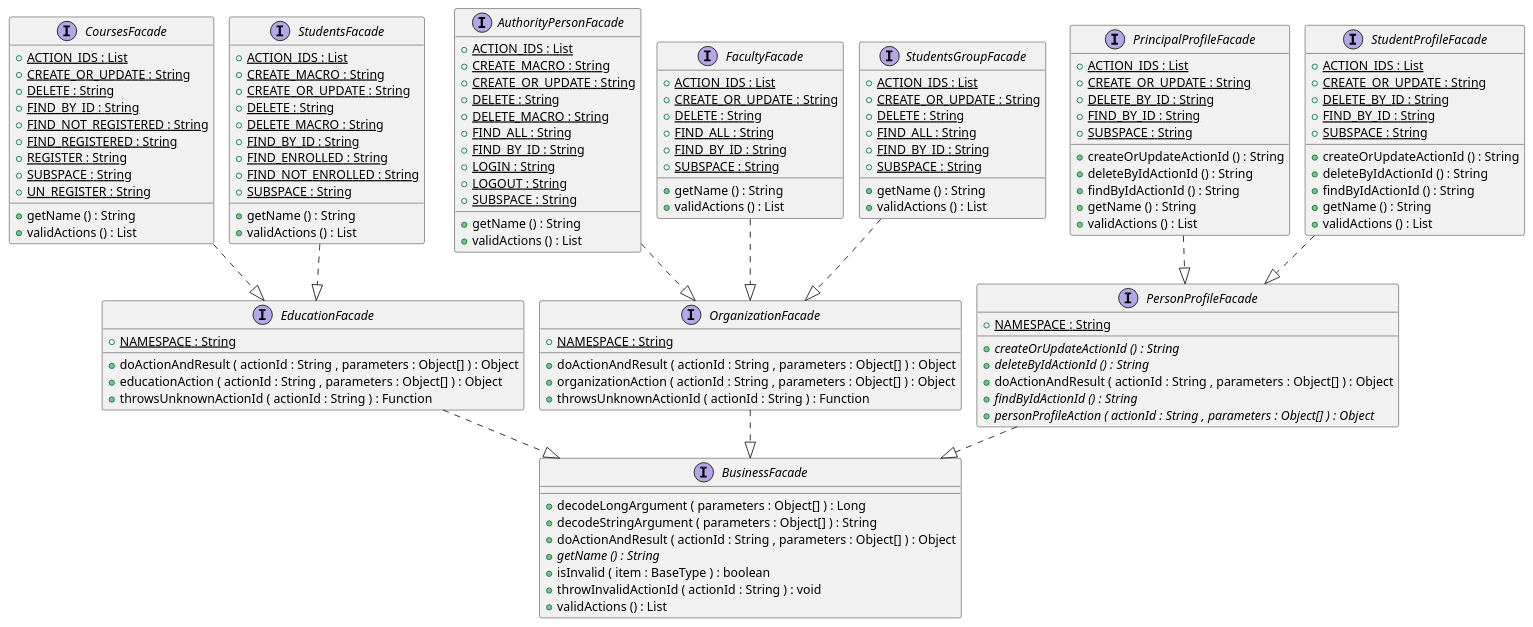
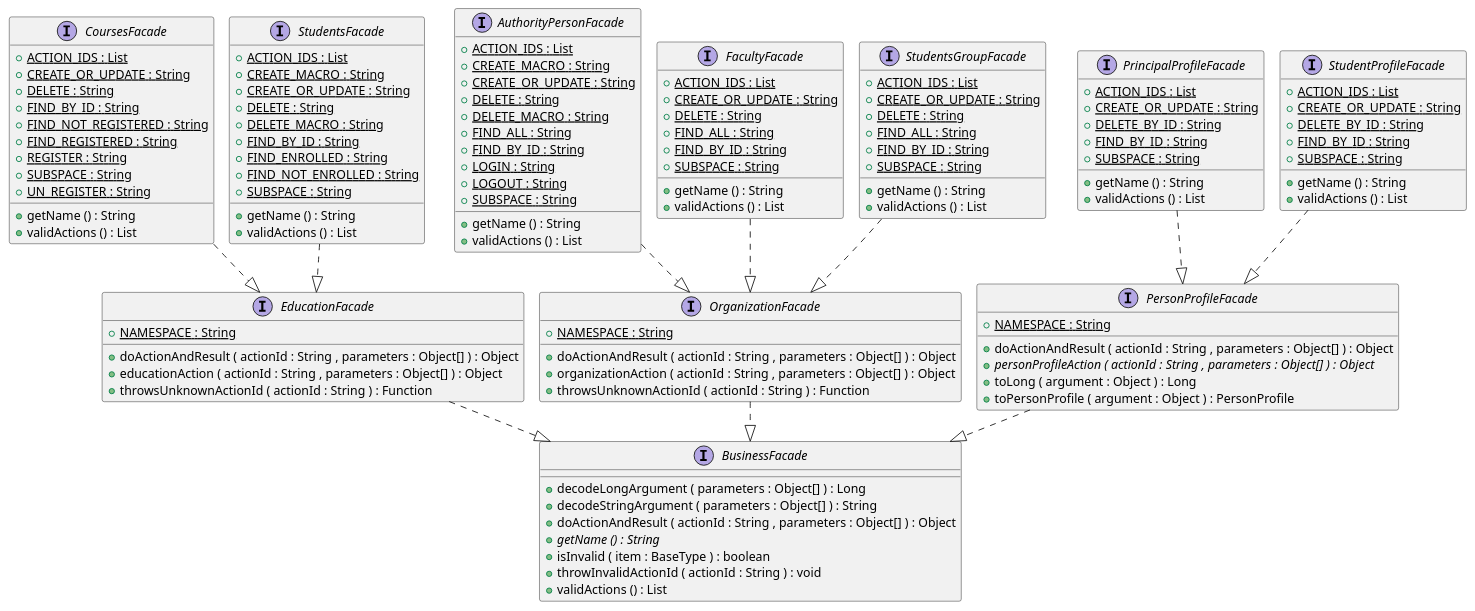
One commit to OlegSopilnyak/school-demo changed the diagram in micro-core/documentation/puml/class-diagrams/BusinessLogicFacades.puml. Above: the diagram before and after it, drawn with PlantUML. The commit also changed 21 other files, not shown here.

```diff
--- a/micro-core/documentation/puml/class-diagrams/BusinessLogicFacades.puml
+++ b/micro-core/documentation/puml/class-diagrams/BusinessLogicFacades.puml
@@ -3,153 +3,146 @@
 @startuml
 !pragma layout smetana
 
 interface AuthorityPersonFacade {
 	{field} {static} +ACTION_IDS : List
 	{field} {static} +CREATE_MACRO : String
 	{field} {static} +CREATE_OR_UPDATE : String
 	{field} {static} +DELETE : String
 	{field} {static} +DELETE_MACRO : String
 	{field} {static} +FIND_ALL : String
 	{field} {static} +FIND_BY_ID : String
 	{field} {static} +LOGIN : String
 	{field} {static} +LOGOUT : String
 	{field} {static} +SUBSPACE : String
 	{method} +getName () : String
 	{method} +validActions () : List
 }
 
 
 interface BusinessFacade {
 	{method} +decodeLongArgument ( parameters : Object[] ) : Long
 	{method} +decodeStringArgument ( parameters : Object[] ) : String
 	{method} +doActionAndResult ( actionId : String , parameters : Object[] ) : Object
 	{method}  {abstract} +getName () : String
 	{method} +isInvalid ( item : BaseType ) : boolean
 	{method} +throwInvalidActionId ( actionId : String ) : void
 	{method} +validActions () : List
 }
 
 
 interface CoursesFacade {
 	{field} {static} +ACTION_IDS : List
 	{field} {static} +CREATE_OR_UPDATE : String
 	{field} {static} +DELETE : String
 	{field} {static} +FIND_BY_ID : String
 	{field} {static} +FIND_NOT_REGISTERED : String
 	{field} {static} +FIND_REGISTERED : String
 	{field} {static} +REGISTER : String
 	{field} {static} +SUBSPACE : String
 	{field} {static} +UN_REGISTER : String
 	{method} +getName () : String
 	{method} +validActions () : List
 }
 
 
 interface EducationFacade {
 	{field} {static} +NAMESPACE : String
 	{method} +doActionAndResult ( actionId : String , parameters : Object[] ) : Object
 	{method} +educationAction ( actionId : String , parameters : Object[] ) : Object
 	{method} +throwsUnknownActionId ( actionId : String ) : Function
 }
 
 
 interface FacultyFacade {
 	{field} {static} +ACTION_IDS : List
 	{field} {static} +CREATE_OR_UPDATE : String
 	{field} {static} +DELETE : String
 	{field} {static} +FIND_ALL : String
 	{field} {static} +FIND_BY_ID : String
 	{field} {static} +SUBSPACE : String
 	{method} +getName () : String
 	{method} +validActions () : List
 }
 
 
 interface OrganizationFacade {
 	{field} {static} +NAMESPACE : String
 	{method} +doActionAndResult ( actionId : String , parameters : Object[] ) : Object
 	{method} +organizationAction ( actionId : String , parameters : Object[] ) : Object
 	{method} +throwsUnknownActionId ( actionId : String ) : Function
 }
 
 
 interface PersonProfileFacade {
 	{field} {static} +NAMESPACE : String
-	{method}  {abstract} +createOrUpdateActionId () : String
-	{method}  {abstract} +deleteByIdActionId () : String
 	{method} +doActionAndResult ( actionId : String , parameters : Object[] ) : Object
-	{method}  {abstract} +findByIdActionId () : String
 	{method}  {abstract} +personProfileAction ( actionId : String , parameters : Object[] ) : Object
+	{method} +toLong ( argument : Object ) : Long
+	{method} +toPersonProfile ( argument : Object ) : PersonProfile
 }
 
 
 interface PrincipalProfileFacade {
 	{field} {static} +ACTION_IDS : List
 	{field} {static} +CREATE_OR_UPDATE : String
 	{field} {static} +DELETE_BY_ID : String
 	{field} {static} +FIND_BY_ID : String
 	{field} {static} +SUBSPACE : String
-	{method} +createOrUpdateActionId () : String
-	{method} +deleteByIdActionId () : String
-	{method} +findByIdActionId () : String
 	{method} +getName () : String
 	{method} +validActions () : List
 }
 
 
 interface StudentProfileFacade {
 	{field} {static} +ACTION_IDS : List
 	{field} {static} +CREATE_OR_UPDATE : String
 	{field} {static} +DELETE_BY_ID : String
 	{field} {static} +FIND_BY_ID : String
 	{field} {static} +SUBSPACE : String
-	{method} +createOrUpdateActionId () : String
-	{method} +deleteByIdActionId () : String
-	{method} +findByIdActionId () : String
 	{method} +getName () : String
 	{method} +validActions () : List
 }
 
 
 interface StudentsFacade {
 	{field} {static} +ACTION_IDS : List
 	{field} {static} +CREATE_MACRO : String
 	{field} {static} +CREATE_OR_UPDATE : String
 	{field} {static} +DELETE : String
 	{field} {static} +DELETE_MACRO : String
 	{field} {static} +FIND_BY_ID : String
 	{field} {static} +FIND_ENROLLED : String
 	{field} {static} +FIND_NOT_ENROLLED : String
 	{field} {static} +SUBSPACE : String
 	{method} +getName () : String
 	{method} +validActions () : List
 }
 
 
 interface StudentsGroupFacade {
 	{field} {static} +ACTION_IDS : List
 	{field} {static} +CREATE_OR_UPDATE : String
 	{field} {static} +DELETE : String
 	{field} {static} +FIND_ALL : String
 	{field} {static} +FIND_BY_ID : String
 	{field} {static} +SUBSPACE : String
 	{method} +getName () : String
 	{method} +validActions () : List
 }
 
 
 
 
 AuthorityPersonFacade ..|>  OrganizationFacade
 CoursesFacade ..|>  EducationFacade
 EducationFacade ..|>  BusinessFacade
 FacultyFacade ..|>  OrganizationFacade
 OrganizationFacade ..|>  BusinessFacade
 PersonProfileFacade ..|>  BusinessFacade
 PrincipalProfileFacade ..|>  PersonProfileFacade
 StudentProfileFacade ..|>  PersonProfileFacade
 StudentsFacade ..|>  EducationFacade
 StudentsGroupFacade ..|>  OrganizationFacade
 
 
 @enduml
```
